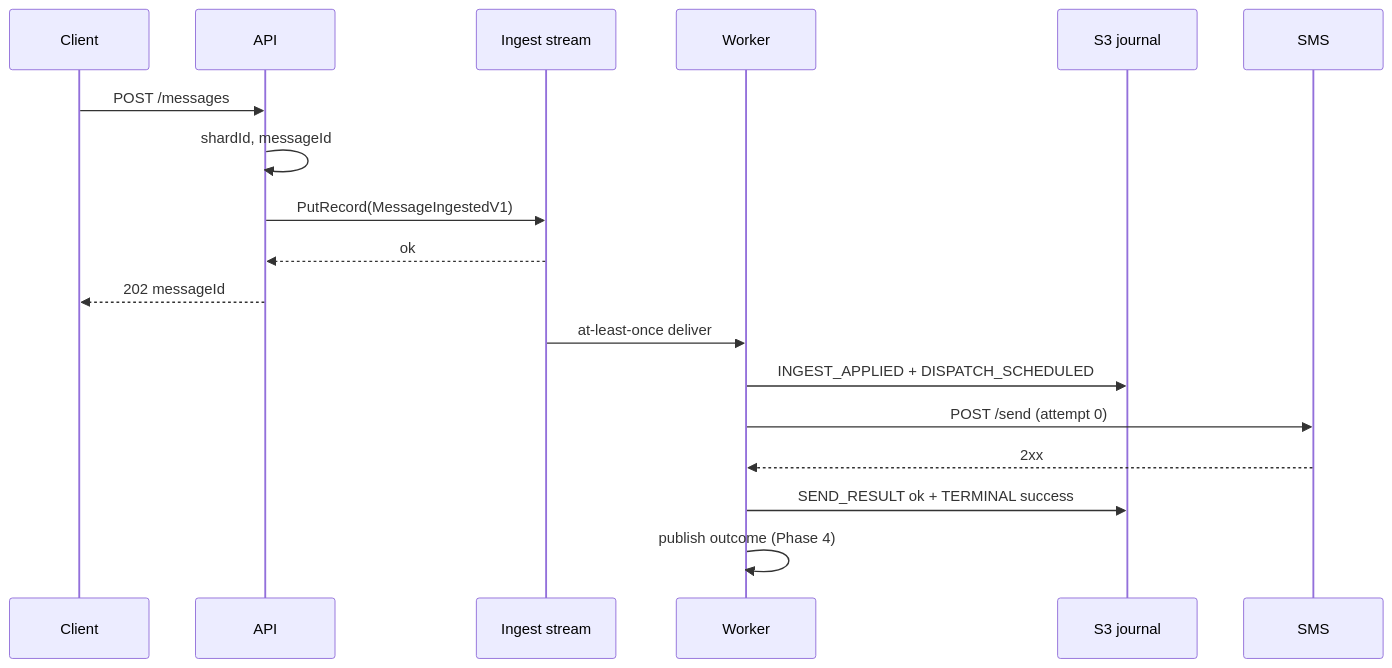
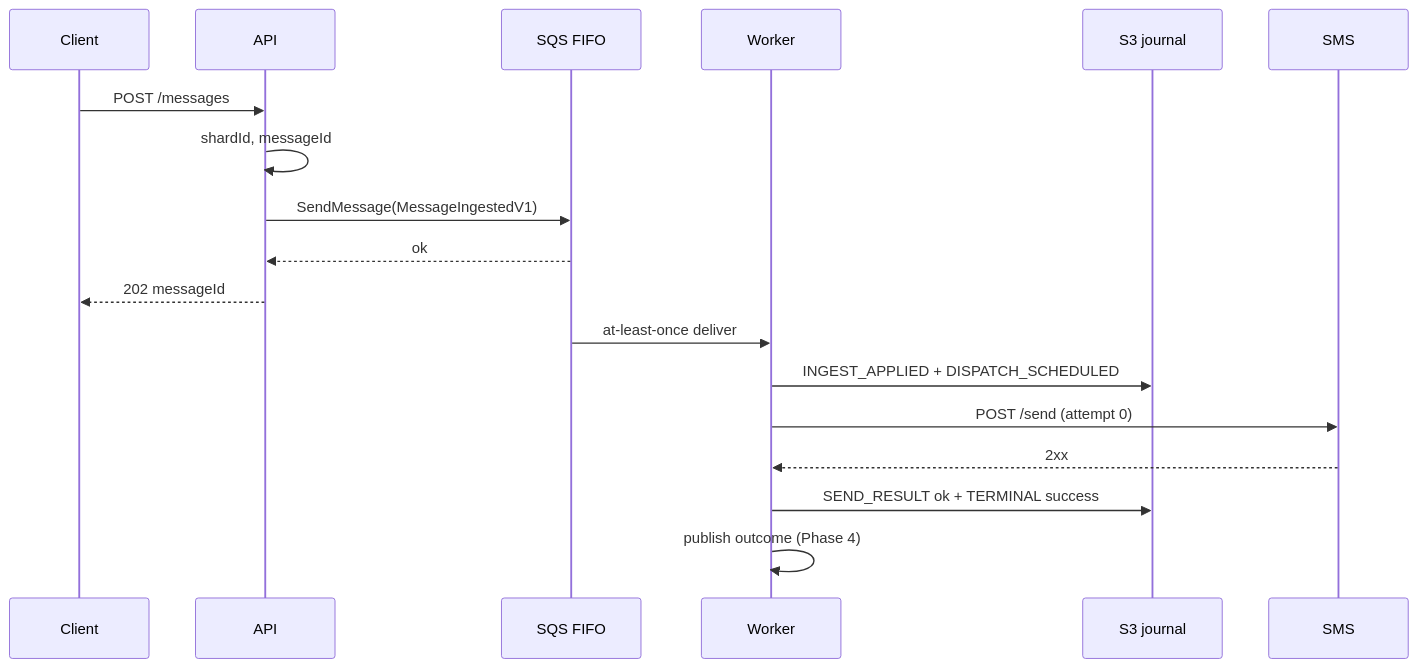
The first of 2 diagrams in plans/NEW_SYSTEM_IMPLEMENTATION_BLUEPRINT.md (nitzanshinnies/nitzan_shinnies_inspectio_exercise), drawn with Mermaid before and after one commit. The commit also changed other lines of this file and 28 other files, not shown here.

````diff
--- a/plans/NEW_SYSTEM_IMPLEMENTATION_BLUEPRINT.md
+++ b/plans/NEW_SYSTEM_IMPLEMENTATION_BLUEPRINT.md
@@ -742,21 +742,21 @@
 ```mermaid
 sequenceDiagram
   participant C as Client
   participant A as API
-  participant K as Ingest stream
+  participant Q as SQS FIFO
   participant W as Worker
   participant J as S3 journal
   participant S as SMS
 
   C->>A: POST /messages
   A->>A: shardId, messageId
-  A->>K: PutRecord(MessageIngestedV1)
-  K-->>A: ok
+  A->>Q: SendMessage(MessageIngestedV1)
+  Q-->>A: ok
   A-->>C: 202 messageId
-  K->>W: at-least-once deliver
+  Q->>W: at-least-once deliver
   W->>J: INGEST_APPLIED + DISPATCH_SCHEDULED
   W->>S: POST /send (attempt 0)
   S-->>W: 2xx
   W->>J: SEND_RESULT ok + TERMINAL success
   W->>W: publish outcome (Phase 4)
 ```
````
